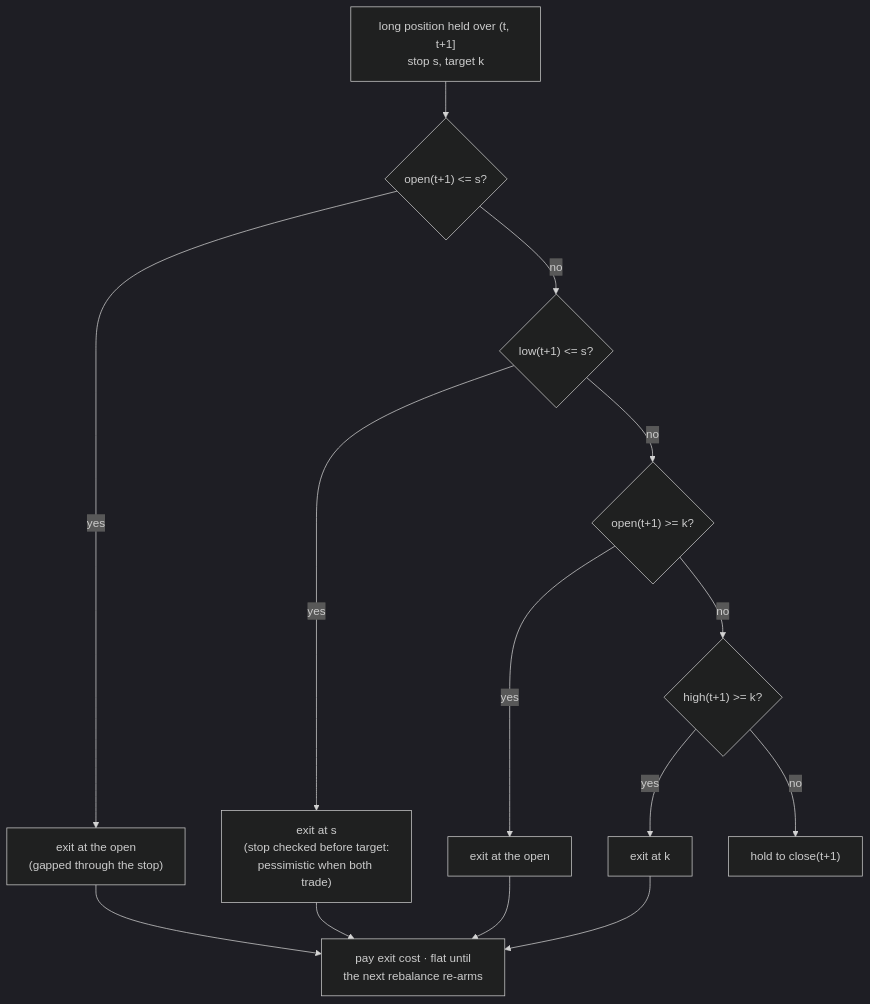
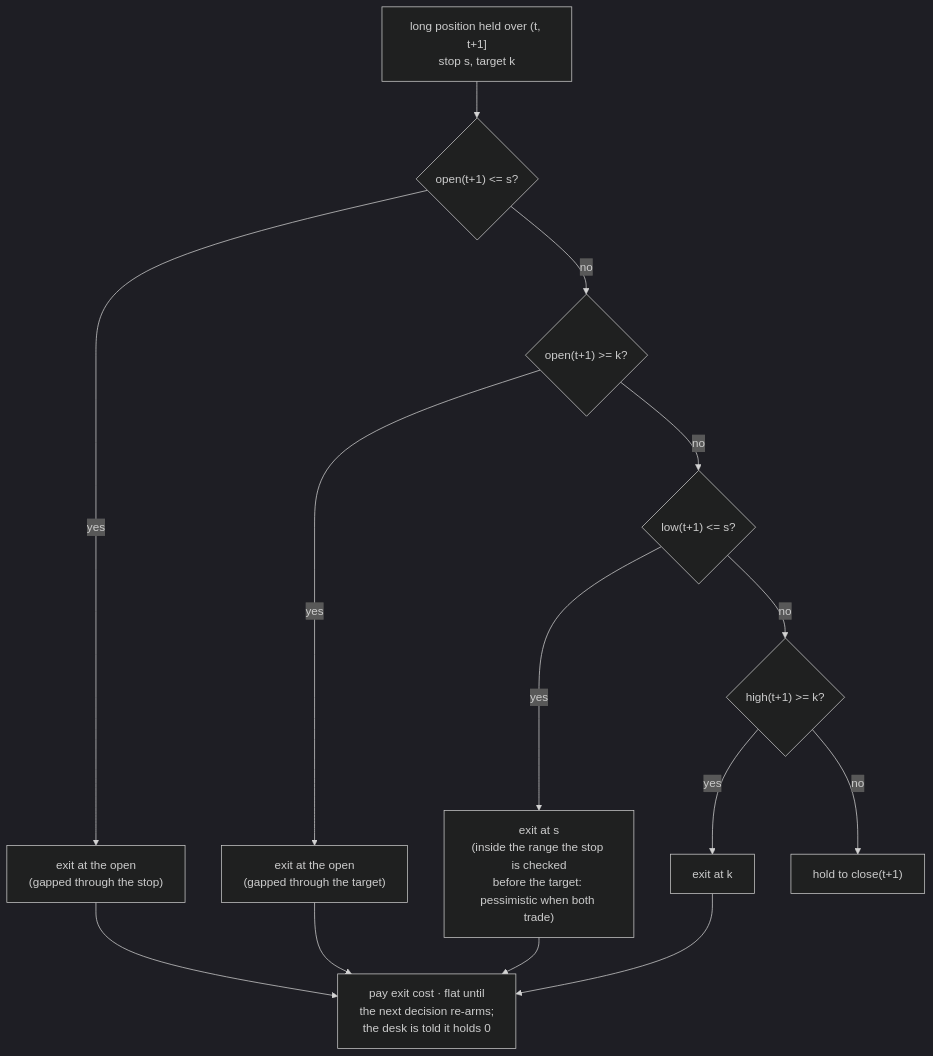
Before and after one commit to AshJha0/agentic-trader: diagram 19 of 30 in docs/DIAGRAMS.md, drawn with Mermaid (dark theme). The commit also changed other lines of this file and 112 other files, not shown here.

````diff
--- a/docs/DIAGRAMS.md
+++ b/docs/DIAGRAMS.md
@@ -555,16 +564,16 @@
 ```mermaid
 flowchart TD
     POS["long position held over (t, t+1]<br/>stop s, target k"] --> O1{"open(t+1) <= s?"}
     O1 -- yes --> GAPS["exit at the open<br/>(gapped through the stop)"]
-    O1 -- no --> L1{"low(t+1) <= s?"}
-    L1 -- yes --> STOP["exit at s<br/>(stop checked before target:<br/>pessimistic when both trade)"]
-    L1 -- no --> O2{"open(t+1) >= k?"}
-    O2 -- yes --> GAPT["exit at the open"]
-    O2 -- no --> H1{"high(t+1) >= k?"}
+    O1 -- no --> O2{"open(t+1) >= k?"}
+    O2 -- yes --> GAPT["exit at the open<br/>(gapped through the target)"]
+    O2 -- no --> L1{"low(t+1) <= s?"}
+    L1 -- yes --> STOP["exit at s<br/>(inside the range the stop is checked<br/>before the target: pessimistic when both trade)"]
+    L1 -- no --> H1{"high(t+1) >= k?"}
     H1 -- yes --> TAKE[exit at k]
     H1 -- no --> HOLD["hold to close(t+1)"]
-    GAPS --> FLAT["pay exit cost · flat until<br/>the next rebalance re-arms"]
+    GAPS --> FLAT["pay exit cost · flat until<br/>the next decision re-arms;<br/>the desk is told it holds 0"]
     STOP --> FLAT
     GAPT --> FLAT
     TAKE --> FLAT
 ```
````
